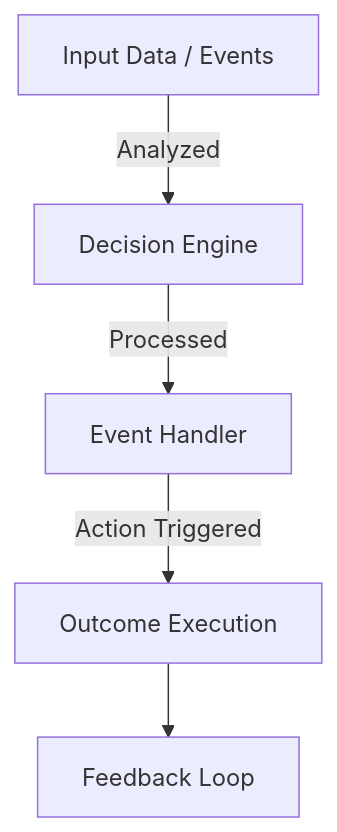
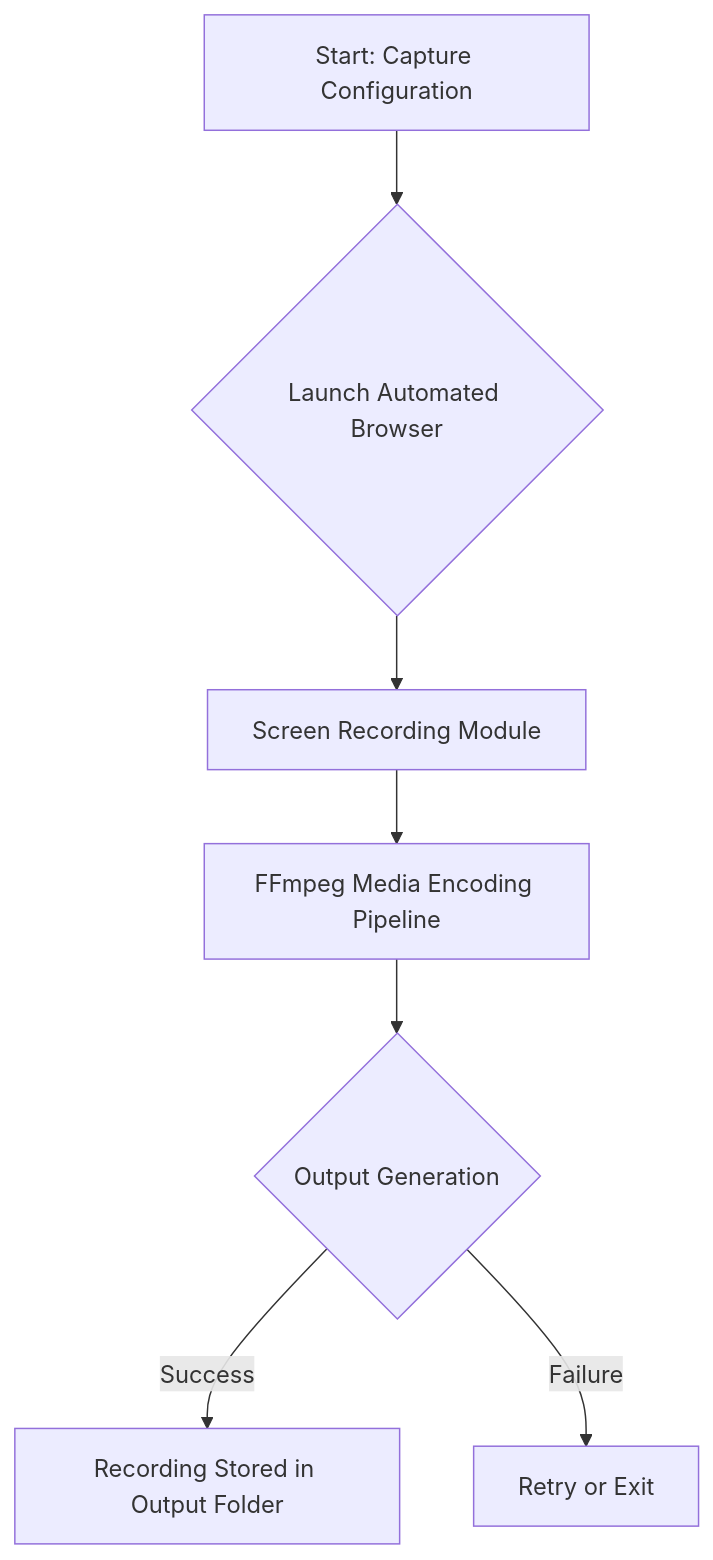
Before and after one commit to EF361/kind-borg: the diagram in README.md, drawn with Mermaid. The commit also changed other lines of this file, not shown here.

````diff
--- a/README.md
+++ b/README.md
@@ -16,7 +31,9 @@
 ```mermaid
-graph TD
-    A[Input Data / Events] -->|Analyzed| B[Decision Engine]
-    B -->|Processed| C[Event Handler]
-    C -->|Action Triggered| D[Outcome Execution]
-    D --> E[Feedback Loop]
+flowchart TD
+    A[Start: Capture Configuration] --> B{Launch Automated Browser}
+    B --> C[Screen Recording Module]
+    C --> D[FFmpeg Media Encoding Pipeline]
+    D --> E{Output Generation}
+    E -->|Success| F[Recording Stored in Output Folder]
+    E -->|Failure| G[Retry or Exit]
 ```
````
